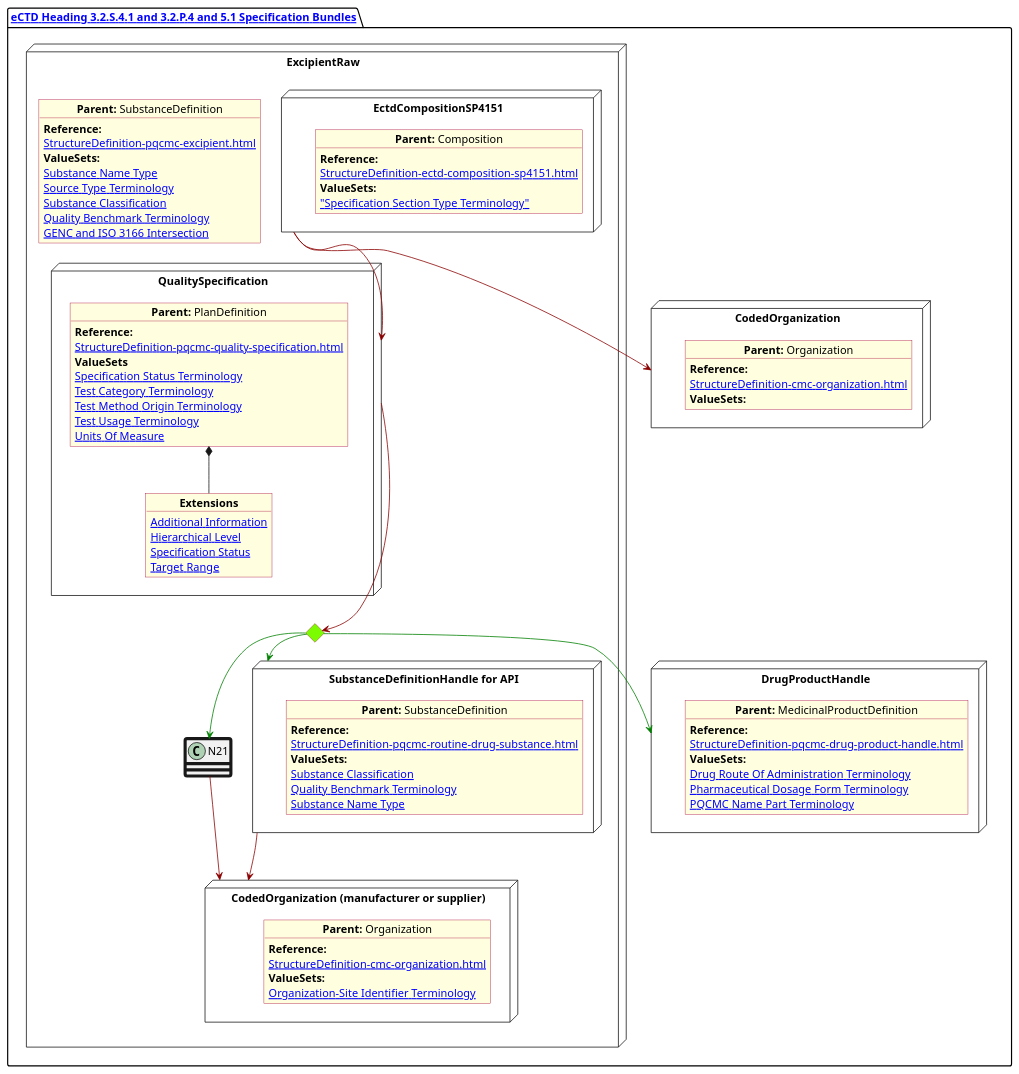
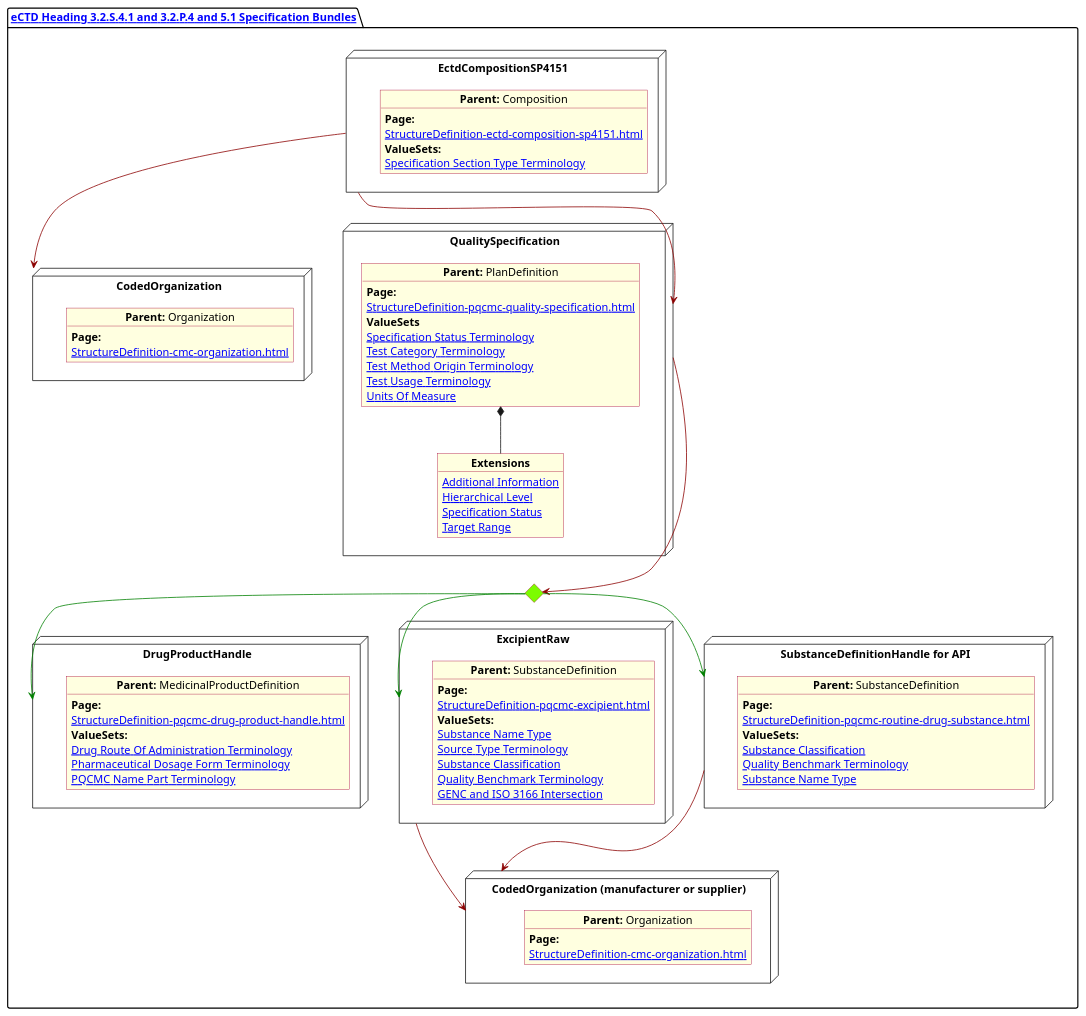
One commit to HL7/FHIR-us-pq-cmc-fda changed the diagram in input/images-source/Specification.plantuml. Above: the diagram before and after it, drawn with PlantUML. The commit also changed 53 other files, not shown here.

```diff
--- a/input/images-source/Specification.plantuml
+++ b/input/images-source/Specification.plantuml
@@ -1,111 +1,109 @@
 @startuml Specification
 allowmixing
 'Mixed model of use case and object
 skinparam svgDimensionStyle false
 skinparam ObjectBackgroundColor LightYellow
 skinparam ObjectBorderColor #A80036
 skinparam activityDiamondBorderColor #A80036
 skinparam activityDiamondBackgroundColor lawnGreen
 skinparam ClassBorderThickness 4
 
 package "[[StructureDefinition-cmc-ectd-document-sp4151.html eCTD Heading 3.2.S.4.1 and 3.2.P.4 and 5.1 Specification Bundles]]" as NODES {
 
   node "CodedOrganization" as NMSpon {
 
     object "**Parent:** Organization" as objDP {
-      **Reference:**
+      **Page:**
       [[StructureDefinition-cmc-organization.html]]
-      **ValueSets:**
     }
   }
   node "DrugProductHandle" as NN {
 
     object "**Parent:** MedicinalProductDefinition" as obj3 {
-      **Reference:**
+      **Page:**
       [[StructureDefinition-pqcmc-drug-product-handle.html]]
       **ValueSets:**
       [[ValueSet-spl-drug-route-of-administration-terminology.html Drug Route Of Administration Terminology]]
       [[ValueSet-spl-pharmaceutical-dosage-form-terminology.html Pharmaceutical Dosage Form Terminology]]
       [[ValueSet-pqcmc-name-part-terminology.html PQCMC Name Part Terminology]]
     }
   }
   node "ExcipientRaw" as N21 {
 
     object "**Parent:** SubstanceDefinition" as obj22 {
-      **Reference:**
+      **Page:**
       [[StructureDefinition-pqcmc-excipient.html]]
       **ValueSets:**
       [[ValueSet-pqcmc-substance-name-type.html Substance Name Type]]
       [[ValueSet-pqcmc-source-type-terminology.html Source Type Terminology]]
       [[ValueSet-substance-classification.html Substance Classification]]
       [[ValueSet-pqcmc-quality-benchmark-terminology.html Quality Benchmark Terminology]]
       [[ValueSet-pqcmc-genc-and-iso-intersect.html GENC and ISO 3166 Intersection]]
     }
-
+  }
     node "EctdCompositionSP4151" as N1 {
 
       object "**Parent:** Composition" as obj1 {
-        **Reference:**
+        **Page:**
         [[StructureDefinition-ectd-composition-sp4151.html]]
         **ValueSets:**
-        [[ValueSet-cmc-specification-types-vs.html "Specification Section Type Terminology"]]
+        [[ValueSet-cmc-specification-types-vs.html Specification Section Type Terminology]]
       }
     }
 
     node "SubstanceDefinitionHandle for API" as NNS {
 
       object "**Parent:** SubstanceDefinition" as obj4 {
-        **Reference:**
+        **Page:**
         [[StructureDefinition-pqcmc-routine-drug-substance.html]]
         **ValueSets:**
         [[ValueSet-substance-classification.html Substance Classification]]
         [[ValueSet-pqcmc-quality-benchmark-terminology.html Quality Benchmark Terminology]]
         [[ValueSet-pqcmc-substance-name-type.html Substance Name Type]]
 
       }
     }
 
     diamond CH
 
     node "QualitySpecification" as N2 {
 
       object "**Parent:** PlanDefinition" as obj2 {
-        **Reference:**
+        **Page:**
         [[StructureDefinition-pqcmc-quality-specification.html]]
         **ValueSets**
         [[ValueSet-pqcmc-specification-status-terminology.html Specification Status Terminology]]
         [[ValueSet-pqcmc-test-category-terminology.html Test Category Terminology]]
         [[ValueSet-pqcmc-test-method-origin-terminology.html Test Method Origin Terminology]]
         [[ValueSet-pqcmc-test-usage-terminology.html Test Usage Terminology]]
         [[ValueSet-pqcmc-units-of-measure.html Units Of Measure]]
 
       }
       object "**Extensions**" as objQSEx {
         [[StructureDefinition-pq-additional-info-extension.html Additional Information]]
         [[StructureDefinition-pq-hierarchical-level-extension.html Hierarchical Level]]
         [[StructureDefinition-pq-specification-status-extension.html Specification Status]]
         [[StructureDefinition-pq-target-range.html Target Range]]
       }
       obj2 *-- objQSEx
     }
 
     node "CodedOrganization (manufacturer or supplier)" as NMSpon2 {
 
       object "**Parent:** Organization" as objDP2 {
-        **Reference:**
+        **Page:**
         [[StructureDefinition-cmc-organization.html]]
-        **ValueSets:**
-        [[ValueSet-pqcmc-org-identifier-type-terminology.html Organization-Site Identifier Terminology]]
+     
       }
     }
     N1 -[#darkred]-> N2
     N1 -[#darkred]-> NMSpon
 
     N2 -[#darkred]--> CH
     CH -[#green]-> N21
     CH -[#green]-> NNS
     CH -[#green]-> NN
     NNS -[#darkred]--> NMSpon2
     N21 -[#darkred]--> NMSpon2
   }
   @enduml
```
